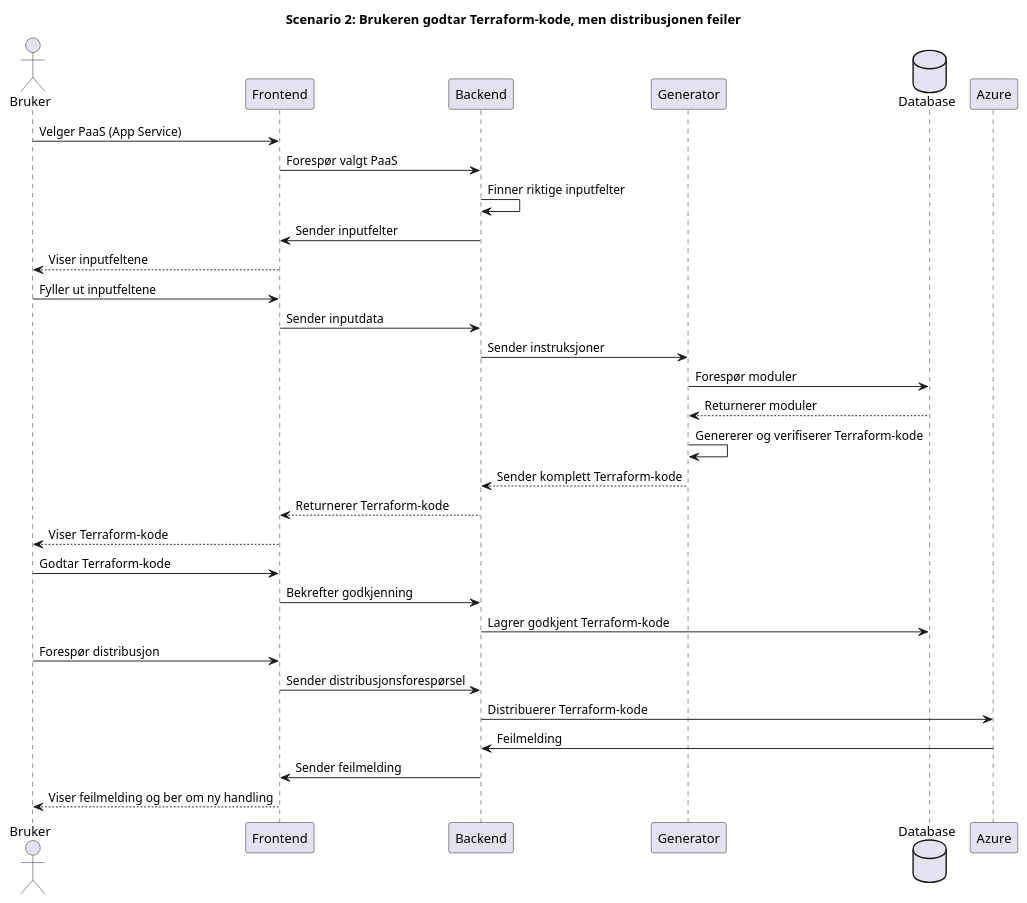
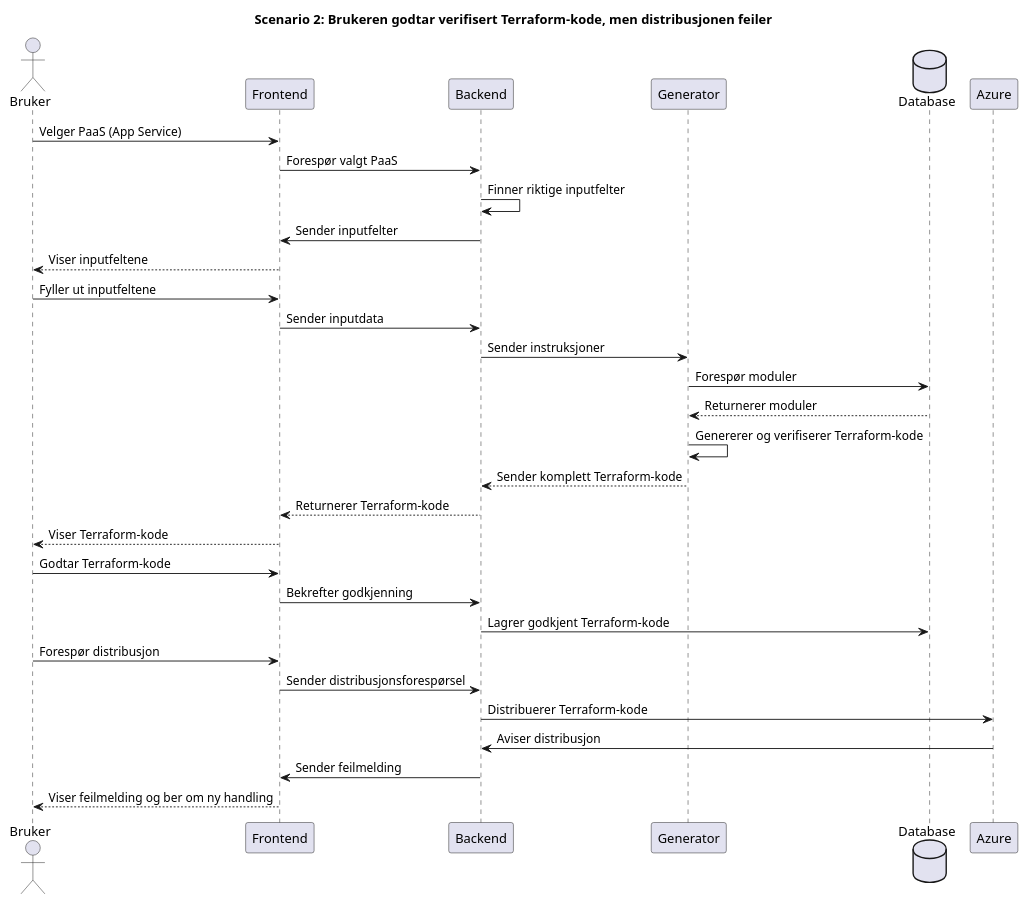
Before and after one commit to Bachelor-B25ITK12/Diagrammer: the diagram in UML_Diagrammer/Applikasjonsfly-Manuell-v3/distribusjon_feiler.puml, drawn with PlantUML. The commit also changed 7 other files, not shown here.

Commit message:
gjorde noen forbedringer av sekvensdiagrammen for LLM-, samt manuelle-genereringen.

```diff
--- a/UML_Diagrammer/Applikasjonsfly-Manuell-v3/distribusjon_feiler.puml
+++ b/UML_Diagrammer/Applikasjonsfly-Manuell-v3/distribusjon_feiler.puml
@@ -1,39 +1,39 @@
 @startuml
-title Scenario 2: Brukeren godtar Terraform-kode, men distribusjonen feiler
+title Scenario 2: Brukeren godtar verifisert Terraform-kode, men distribusjonen feiler
 
 actor Bruker as Bruker
 participant Frontend as Frontend
 participant Backend as Backend
 participant Generator as Generator
 database Database as Database
 participant Azure as Azure
 
 Bruker        ->      Frontend        :   Velger PaaS (App Service)
 Frontend      ->      Backend         :   Forespør valgt PaaS
 Backend       ->      Backend         :   Finner riktige inputfelter
 Backend       ->      Frontend        :   Sender inputfelter
 Frontend      -->     Bruker          :   Viser inputfeltene
 Bruker        ->      Frontend        :   Fyller ut inputfeltene
 Frontend      ->      Backend         :   Sender inputdata
 Backend       ->      Generator       :   Sender instruksjoner
 
 Generator     ->      Database        :   Forespør moduler
 Database      -->     Generator       :   Returnerer moduler
 Generator     ->      Generator       :   Genererer og verifiserer Terraform-kode
 Generator     -->     Backend         :   Sender komplett Terraform-kode
 
 Backend       -->     Frontend        :   Returnerer Terraform-kode
 Frontend      -->     Bruker          :   Viser Terraform-kode
 Bruker        ->      Frontend        :   Godtar Terraform-kode
 
 Frontend      ->      Backend         :   Bekrefter godkjenning
 Backend       ->      Database        :   Lagrer godkjent Terraform-kode
 Bruker        ->      Frontend        :   Forespør distribusjon
 Frontend      ->      Backend         :   Sender distribusjonsforespørsel
 Backend       ->      Azure           :   Distribuerer Terraform-kode
 
-Azure         ->      Backend         :   Feilmelding
+Azure         ->      Backend         :   Aviser distribusjon
 Backend       ->      Frontend        :   Sender feilmelding
 Frontend      -->     Bruker          :   Viser feilmelding og ber om ny handling
 
 @enduml
```
